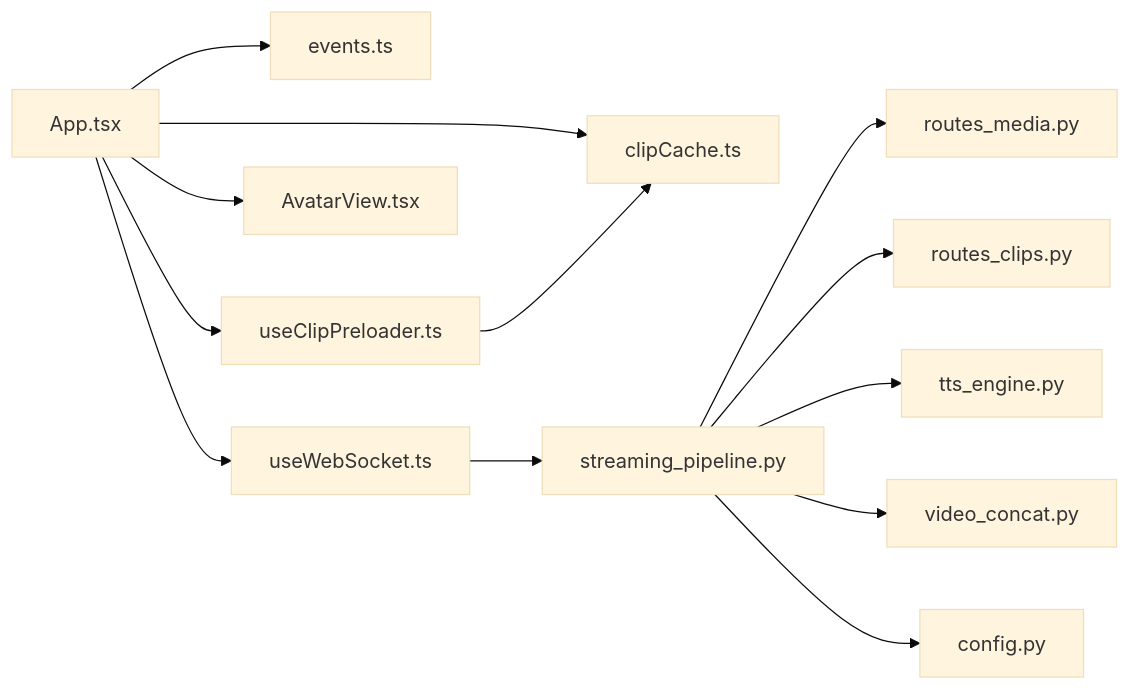
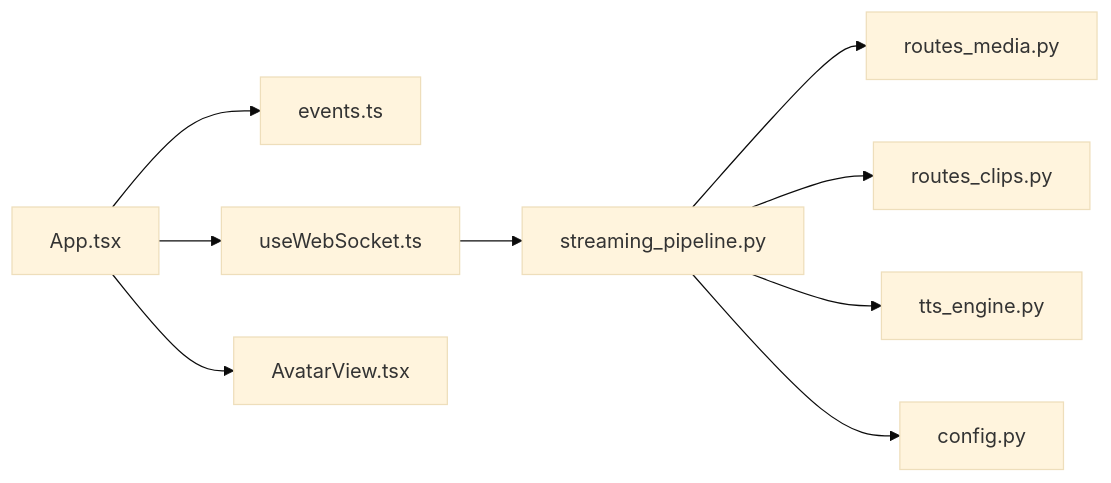
The sixth of 6 diagrams in .qoder/repowiki/zh/content/前端应用/虚拟形象系统.md (leo21cn/real-time-talk), drawn with Mermaid (base theme) before and after one commit. The commit also changed other lines of this file and 21 other files, not shown here.

````diff
--- a/.qoder/repowiki/zh/content/前端应用/虚拟形象系统.md
+++ b/.qoder/repowiki/zh/content/前端应用/虚拟形象系统.md
@@ -392,15 +277,11 @@
 ```mermaid
 graph LR
 App["App.tsx"] --> Events["events.ts"]
 App --> WS["useWebSocket.ts"]
 App --> AV["AvatarView.tsx"]
-App --> Cache["clipCache.ts"]
-App --> Preload["useClipPreloader.ts"]
 WS --> Pipe["streaming_pipeline.py"]
 Pipe --> Media["routes_media.py"]
 Pipe --> Clips["routes_clips.py"]
 Pipe --> TTS["tts_engine.py"]
-Pipe --> Concat["video_concat.py"]
 Pipe --> Config["config.py"]
-Preload --> Cache
 ```
````
